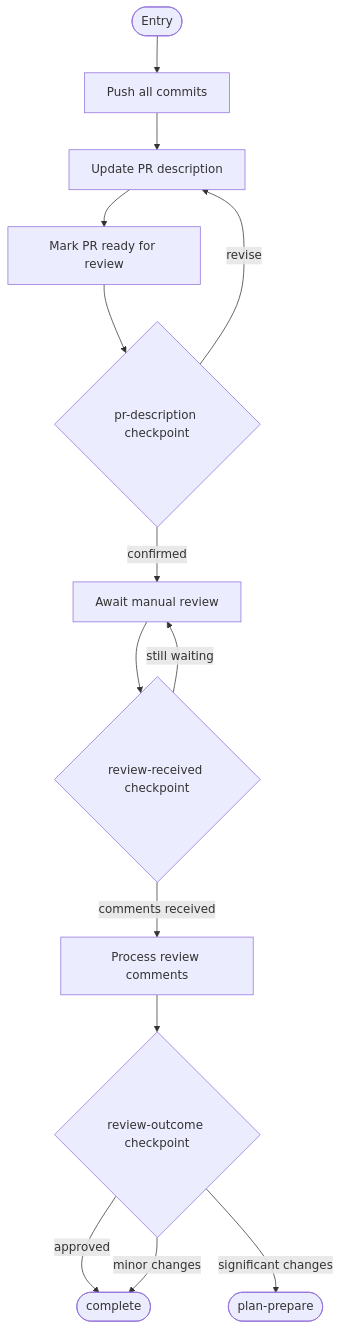
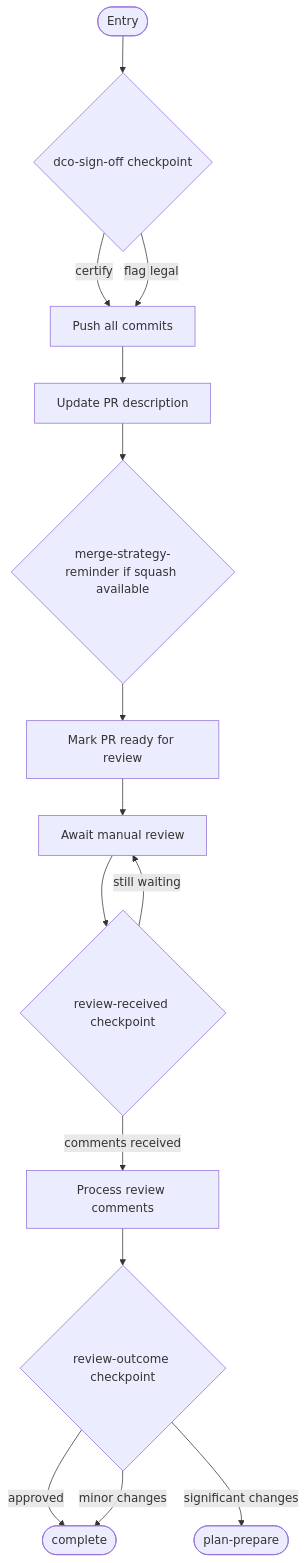
Diagram 13 of 14 in work-package/activities/README.md (m2ux/workflow-server), drawn with Mermaid before and after one commit. The commit also changed other lines of this file, not shown here.

First line of the commit message:
docs(work-package): refresh activities README for DCO policy changes

````diff
--- a/work-package/activities/README.md
+++ b/work-package/activities/README.md
@@ -800,18 +821,19 @@
 ```mermaid
 graph TD
-    entryNode(["Entry"]) --> pushCommits["Push all commits"]
+    entryNode(["Entry"]) --> cpDco{"dco-sign-off checkpoint"}
+    cpDco -->|"certify"| pushCommits["Push all commits"]
+    cpDco -->|"flag legal"| pushCommits
     pushCommits --> updateDesc["Update PR description"]
-    updateDesc --> markReady["Mark PR ready for review"]
-    markReady --> cpPRDesc{"pr-description checkpoint"}
-    cpPRDesc -->|"confirmed"| awaitReview["Await manual review"]
-    cpPRDesc -->|"revise"| updateDesc
+    updateDesc --> cpMerge{"merge-strategy-reminder if squash available"}
+    cpMerge --> markReady["Mark PR ready for review"]
+    markReady --> awaitReview["Await manual review"]
 
     awaitReview --> cpReview{"review-received checkpoint"}
     cpReview -->|"comments received"| processComments["Process review comments"]
     cpReview -->|"still waiting"| awaitReview
 
     processComments --> cpOutcome{"review-outcome checkpoint"}
     cpOutcome -->|"approved"| exitComplete(["complete"])
     cpOutcome -->|"minor changes"| exitComplete
     cpOutcome -->|"significant changes"| exitPlan(["plan-prepare"])
 ```
````
